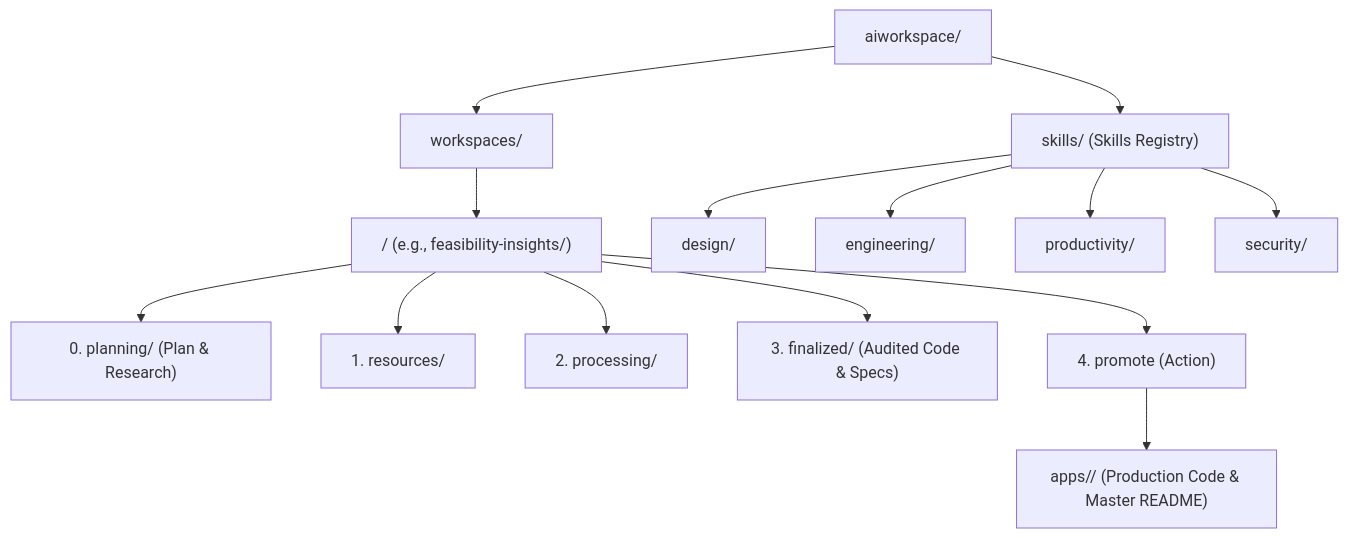
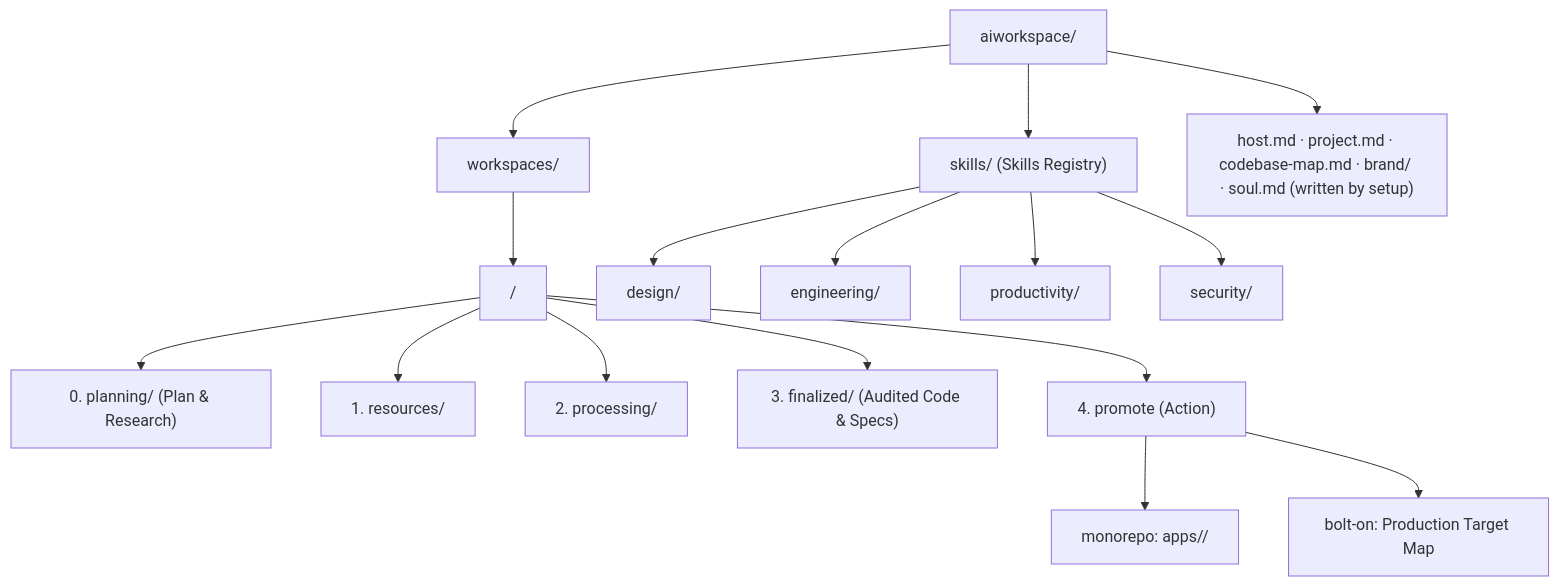
Before and after one commit to migaeldev/aiworkflows: the diagram in aiworkspace/README.md, drawn with Mermaid. The commit also changed other lines of this file and 39 other files, not shown here.

First line of the commit message:
Make harness project-agnostic; add codebase map, brand folder, and persona

````diff
--- a/aiworkspace/README.md
+++ b/aiworkspace/README.md
@@ -40,18 +45,20 @@
 ```mermaid
 graph TD
     Root["aiworkspace/"] --> Workspaces["workspaces/"]
     Root --> Skills["skills/ (Skills Registry)"]
-    
-    Workspaces --> Domain["<domain>/ (e.g., feasibility-insights/)"]
+    Root --> Config["host.md · project.md · codebase-map.md · brand/ · soul.md (written by setup)"]
+
+    Workspaces --> Domain["<domain>/"]
     Domain --> Step0["0. planning/ (Plan & Research)"]
     Domain --> Step1["1. resources/"]
     Domain --> Step2["2. processing/"]
     Domain --> Step3["3. finalized/ (Audited Code & Specs)"]
     Domain --> Step4["4. promote (Action)"]
-    Step4 --> ProductionCode["apps/<workspace>/ (Production Code & Master README)"]
+    Step4 --> Mono["monorepo: apps/<workspace>/"]
+    Step4 --> Bolt["bolt-on: Production Target Map"]
 
     Skills --> Design["design/"]
     Skills --> Eng["engineering/"]
     Skills --> Prod["productivity/"]
     Skills --> Sec["security/"]
 ```
````
